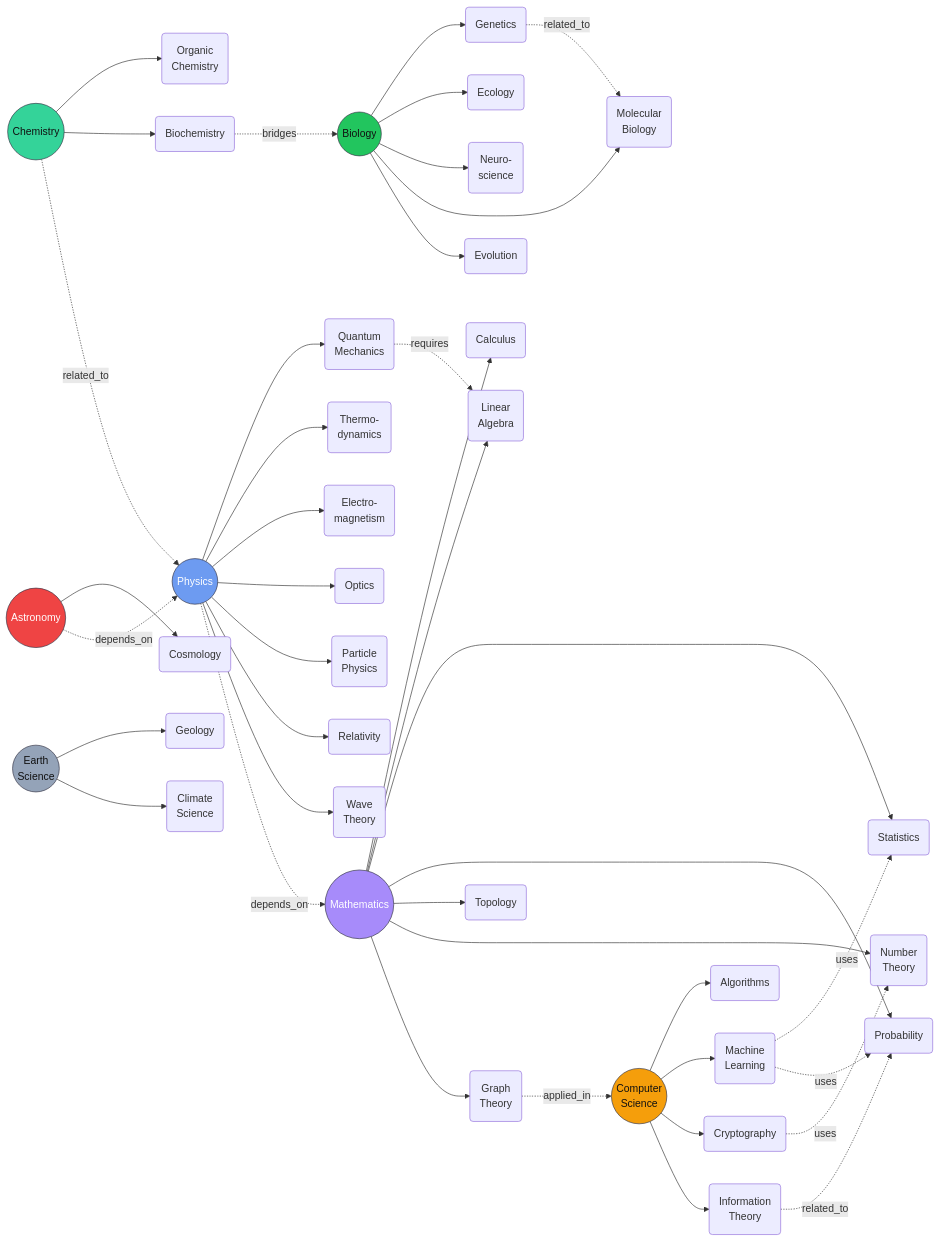
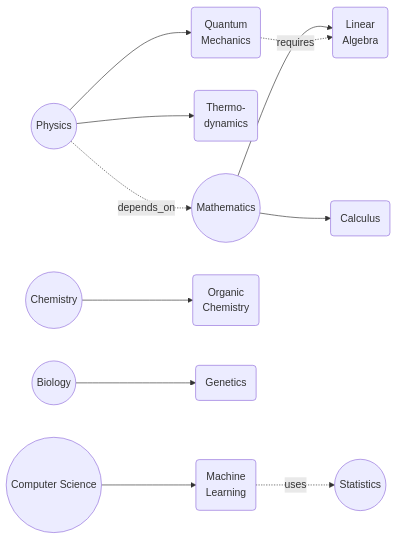
One commit to Zorvia/project-mycelium changed the third of 3 diagrams in README.md. Above: the diagram before and after it, drawn with Mermaid. The commit also changed other lines of this file, not shown here.

````diff
--- a/README.md
+++ b/README.md
@@ -123,57 +131,13 @@
 ```mermaid
 graph LR
-    Physics((Physics)) --> QM(Quantum<br/>Mechanics)
-    Physics --> Thermo(Thermo-<br/>dynamics)
-    Physics --> EM(Electro-<br/>magnetism)
-    Physics --> Optics(Optics)
-    Physics --> Particle(Particle<br/>Physics)
-    Physics --> Relativity(Relativity)
-    Physics --> Wave(Wave<br/>Theory)
-
-    Math((Mathematics)) --> Calc(Calculus)
-    Math --> LinAlg(Linear<br/>Algebra)
-    Math --> Stats(Statistics)
-    Math --> Prob(Probability)
-    Math --> Topology(Topology)
-    Math --> NumTheory(Number<br/>Theory)
-    Math --> GraphTh(Graph<br/>Theory)
-
-    Chem((Chemistry)) --> OrgChem(Organic<br/>Chemistry)
-    Chem --> Biochem(Biochemistry)
-
-    Bio((Biology)) --> Genetics(Genetics)
-    Bio --> Ecology(Ecology)
-    Bio --> Neuro(Neuro-<br/>science)
-    Bio --> MolBio(Molecular<br/>Biology)
-    Bio --> Evolution(Evolution)
-
-    CS((Computer<br/>Science)) --> Algo(Algorithms)
-    CS --> ML(Machine<br/>Learning)
-    CS --> Crypto(Cryptography)
-    CS --> InfoTheory(Information<br/>Theory)
-
-    Astro((Astronomy)) --> Cosmo(Cosmology)
-
-    Earth((Earth<br/>Science)) --> Geology(Geology)
-    Earth --> Climate(Climate<br/>Science)
-
-    Physics -.->|depends_on| Math
-    QM -.->|requires| LinAlg
-    Chem -.->|related_to| Physics
-    Biochem -.->|bridges| Bio
-    ML -.->|uses| Stats
-    ML -.->|uses| Prob
-    Crypto -.->|uses| NumTheory
-    Astro -.->|depends_on| Physics
-    GraphTh -.->|applied_in| CS
-    Genetics -.->|related_to| MolBio
-    InfoTheory -.->|related_to| Prob
-
-    style Physics fill:#6D9BF1,stroke:#334,color:#fff
-    style Math fill:#A78BFA,stroke:#334,color:#fff
-    style Chem fill:#34D399,stroke:#334,color:#111
-    style Bio fill:#22C55E,stroke:#334,color:#111
-    style CS fill:#F59E0B,stroke:#334,color:#111
-    style Astro fill:#EF4444,stroke:#334,color:#fff
-    style Earth fill:#94A3B8,stroke:#334,color:#111
+Physics((Physics)) --> QM(Quantum<br/>Mechanics)
+Physics --> Thermo(Thermo-<br/>dynamics)
+Math((Mathematics)) --> Calc(Calculus)
+Math --> LinAlg(Linear<br/>Algebra)
+Physics -.->|depends_on| Math
+QM -.->|requires| LinAlg
+Chem((Chemistry)) --> OrgChem(Organic<br/>Chemistry)
+Bio((Biology)) --> Genetics(Genetics)
+CS((Computer Science)) --> ML(Machine<br/>Learning)
+ML -.->|uses| Stats((Statistics))
 ```
````
